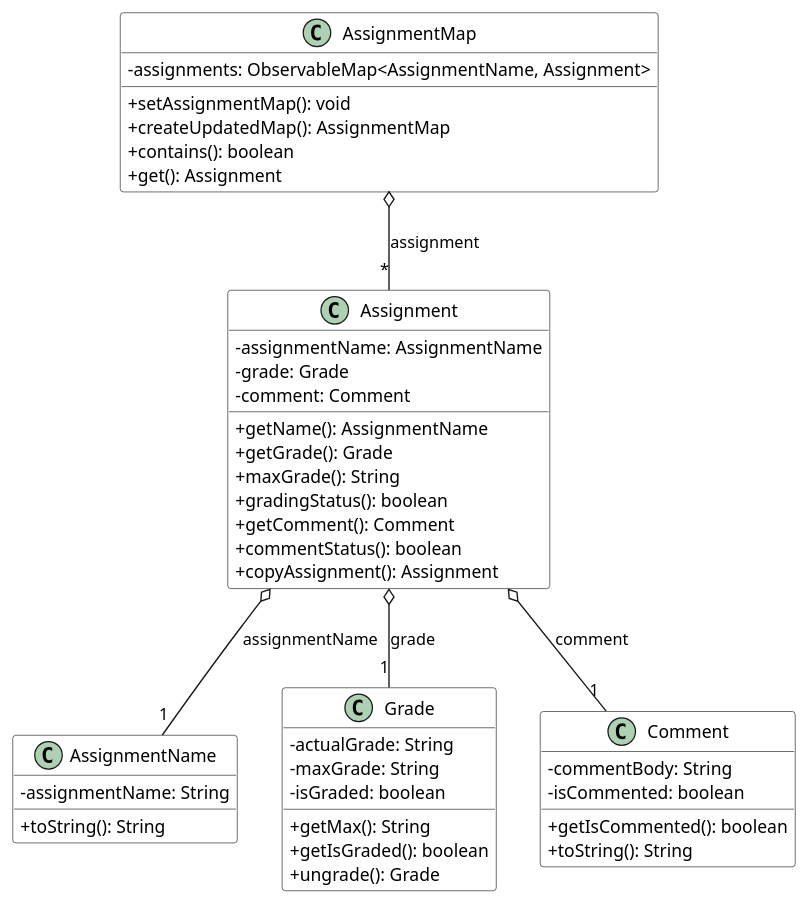
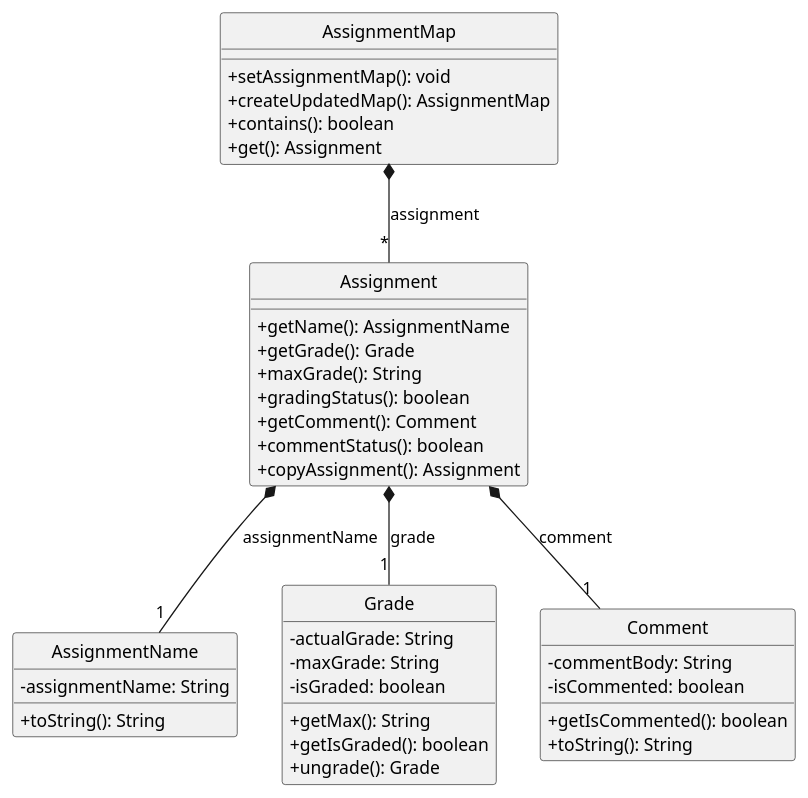
One commit to raydenlim/tp changed the diagram in docs/diagrams/AssignmentClass.puml. Above: the diagram before and after it, drawn with PlantUML. The commit also changed 7 other files, not shown here.

```diff
--- a/docs/diagrams/AssignmentClass.puml
+++ b/docs/diagrams/AssignmentClass.puml
@@ -1,52 +1,47 @@
 @startuml
-skinparam arrowThickness 1.1
-skinparam classBackgroundColor LOGIC_COLOR
+hide circle
 skinparam classAttributeIconSize 0
 
 class AssignmentMap {
--assignments: ObservableMap<AssignmentName, Assignment>
 +setAssignmentMap(): void
 +createUpdatedMap(): AssignmentMap
 +contains(): boolean
 +get(): Assignment
 }
 
 class Assignment {
--assignmentName: AssignmentName
--grade: Grade
--comment: Comment
 +getName(): AssignmentName
 +getGrade(): Grade
 +maxGrade(): String
 +gradingStatus(): boolean
 +getComment(): Comment
 +commentStatus(): boolean
 +copyAssignment(): Assignment
 }
 
 class AssignmentName {
 -assignmentName: String
 +toString(): String
 }
 
 class Grade {
 -actualGrade: String
 -maxGrade: String
 -isGraded: boolean
 +getMax(): String
 +getIsGraded(): boolean
 +ungrade(): Grade
 }
 
 class Comment {
 -commentBody: String
 -isCommented: boolean
 +getIsCommented(): boolean
 +toString(): String
 }
 
-AssignmentMap o-- "*" Assignment: assignment
-Assignment o-- "1" AssignmentName: assignmentName
-Assignment o-- "1" Grade: grade
-Assignment o-- "1" Comment: comment
+AssignmentMap *-- "*" Assignment: assignment
+Assignment *-- "1" AssignmentName: assignmentName
+Assignment *-- "1" Grade: grade
+Assignment *-- "1" Comment: comment
 @enduml
```
